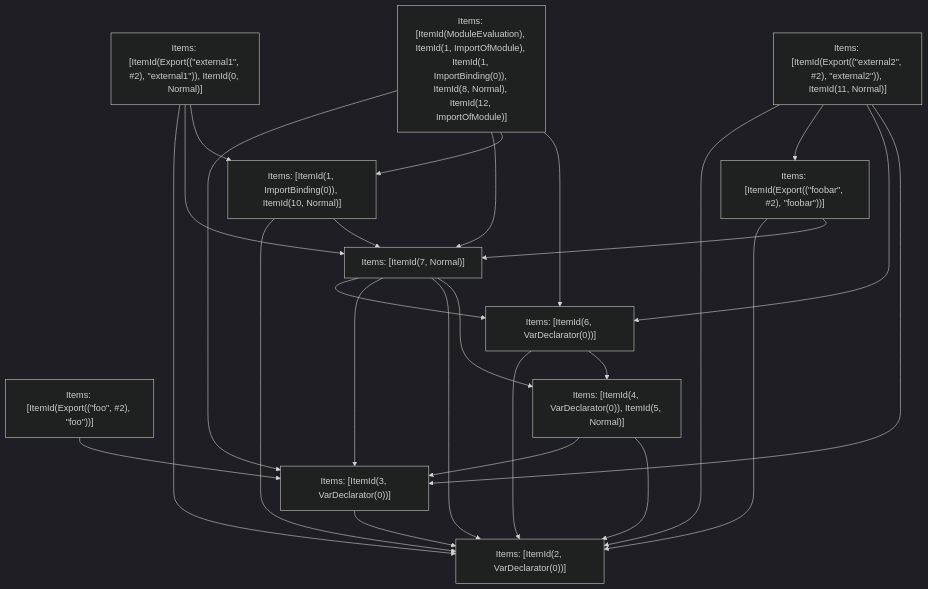
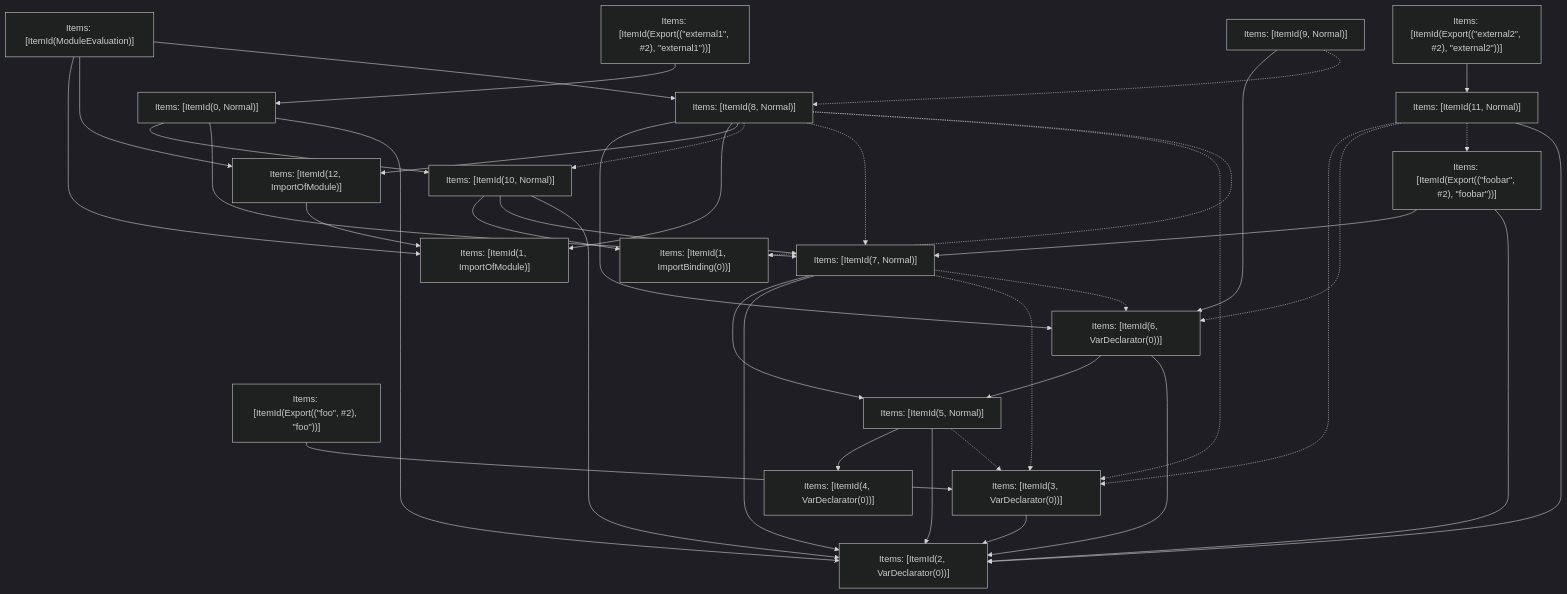
Before and after one commit to vercel/turborepo: the fifth of 5 diagrams in crates/turbopack-ecmascript/tests/tree-shaker/analyzer/2/output.md, drawn with Mermaid (dark theme). The commit also changed other lines of this file and 72 other files, not shown here.

````diff
--- a/crates/turbopack-ecmascript/tests/tree-shaker/analyzer/2/output.md
+++ b/crates/turbopack-ecmascript/tests/tree-shaker/analyzer/2/output.md
@@ -371,39 +371,60 @@
 ```mermaid
 graph TD
-    N0["Items: [ItemId(ModuleEvaluation), ItemId(1, ImportOfModule), ItemId(1, ImportBinding(0)), ItemId(8, Normal), ItemId(12, ImportOfModule)]"];
-    N1["Items: [ItemId(Export((&quot;external1&quot;, #2), &quot;external1&quot;)), ItemId(0, Normal)]"];
-    N2["Items: [ItemId(Export((&quot;foobar&quot;, #2), &quot;foobar&quot;))]"];
-    N3["Items: [ItemId(Export((&quot;foo&quot;, #2), &quot;foo&quot;))]"];
-    N4["Items: [ItemId(Export((&quot;external2&quot;, #2), &quot;external2&quot;)), ItemId(11, Normal)]"];
-    N5["Items: [ItemId(2, VarDeclarator(0))]"];
-    N6["Items: [ItemId(3, VarDeclarator(0))]"];
-    N7["Items: [ItemId(4, VarDeclarator(0)), ItemId(5, Normal)]"];
-    N8["Items: [ItemId(6, VarDeclarator(0))]"];
-    N9["Items: [ItemId(7, Normal)]"];
-    N10["Items: [ItemId(1, ImportBinding(0)), ItemId(10, Normal)]"];
-    N0 --> N8;
-    N0 --> N10;
-    N0 --> N9;
-    N0 --> N6;
-    N1 --> N10;
-    N1 --> N9;
-    N1 --> N5;
-    N2 --> N9;
-    N2 --> N5;
-    N3 --> N6;
-    N4 --> N6;
-    N4 --> N8;
-    N4 --> N2;
-    N4 --> N5;
+    N0["Items: [ItemId(1, ImportBinding(0))]"];
+    N1["Items: [ItemId(4, VarDeclarator(0))]"];
+    N2["Items: [ItemId(2, VarDeclarator(0))]"];
+    N3["Items: [ItemId(3, VarDeclarator(0))]"];
+    N4["Items: [ItemId(Export((&quot;foo&quot;, #2), &quot;foo&quot;))]"];
+    N5["Items: [ItemId(5, Normal)]"];
+    N6["Items: [ItemId(6, VarDeclarator(0))]"];
+    N7["Items: [ItemId(7, Normal)]"];
+    N8["Items: [ItemId(10, Normal)]"];
+    N9["Items: [ItemId(0, Normal)]"];
+    N10["Items: [ItemId(Export((&quot;external1&quot;, #2), &quot;external1&quot;))]"];
+    N11["Items: [ItemId(Export((&quot;foobar&quot;, #2), &quot;foobar&quot;))]"];
+    N12["Items: [ItemId(11, Normal)]"];
+    N13["Items: [ItemId(Export((&quot;external2&quot;, #2), &quot;external2&quot;))]"];
+    N14["Items: [ItemId(1, ImportOfModule)]"];
+    N15["Items: [ItemId(12, ImportOfModule)]"];
+    N16["Items: [ItemId(8, Normal)]"];
+    N17["Items: [ItemId(ModuleEvaluation)]"];
+    N18["Items: [ItemId(9, Normal)]"];
+    N15 --> N14;
+    N3 --> N2;
+    N5 --> N1;
+    N5 --> N2;
+    N5 -.-> N3;
     N6 --> N5;
+    N6 --> N2;
     N7 --> N5;
-    N7 --> N6;
+    N7 --> N2;
+    N7 -.-> N3;
+    N7 -.-> N6;
+    N16 --> N6;
+    N16 --> N14;
+    N16 --> N15;
+    N16 -.-> N8;
+    N16 -.-> N7;
+    N16 -.-> N3;
+    N16 -.-> N0;
+    N18 --> N6;
+    N18 -.-> N16;
+    N10 --> N9;
+    N11 --> N7;
+    N11 --> N2;
+    N4 --> N3;
+    N13 --> N12;
+    N9 --> N8;
+    N9 --> N7;
+    N9 --> N2;
+    N8 --> N0;
     N8 --> N7;
-    N8 --> N5;
-    N9 --> N7;
-    N9 --> N5;
-    N9 --> N6;
-    N9 --> N8;
-    N10 --> N9;
-    N10 --> N5;
+    N8 --> N2;
+    N12 -.-> N3;
+    N12 -.-> N6;
+    N12 -.-> N11;
+    N12 --> N2;
+    N17 --> N14;
+    N17 --> N15;
+    N17 --> N16;
 ```
````
